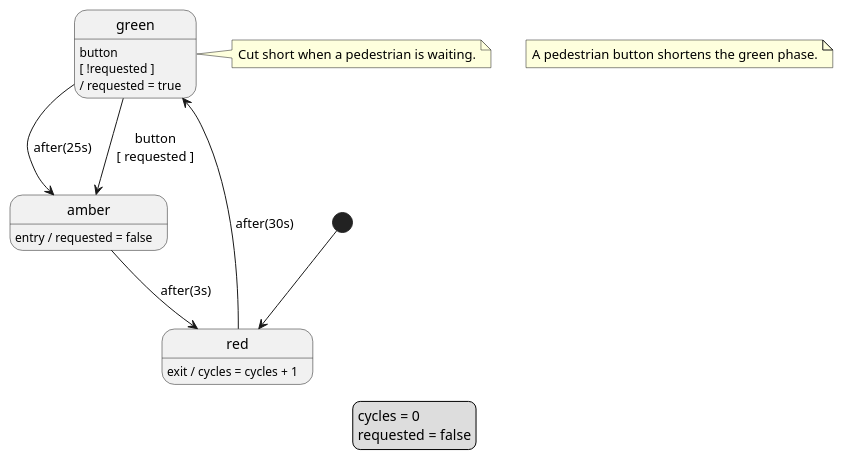
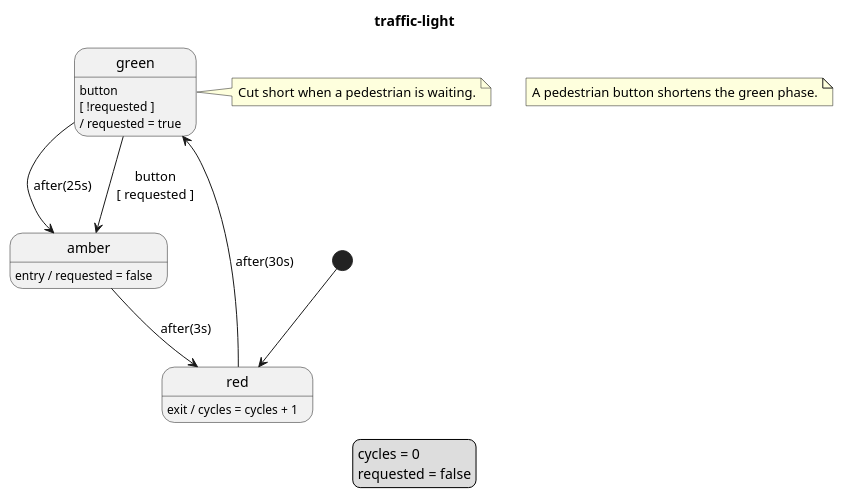
One commit to vincedupuis/transplantUML changed the diagram in example/traffic-light.puml. Above: the diagram before and after it, drawn with PlantUML. The commit also changed 10 other files, not shown here.

First line of the commit message:
Rewrite the PlantUML template to draw everything the model holds

```diff
--- a/example/traffic-light.puml
+++ b/example/traffic-light.puml
@@ -1,21 +1,22 @@
 @startuml
+title traffic-light
 note as machineNote
     A pedestrian button shortens the green phase.
 end note
 legend
     cycles = 0
     requested = false
 endlegend
 [*] --> red
 state red
 red : exit / cycles = cycles + 1
 state green
 note right of green : Cut short when a pedestrian is waiting.
 state amber
 amber : entry / requested = false
 red --> green: after(30s)
 green --> amber: after(25s)
 green : button\n[ !requested ]\n/ requested = true
 green --> amber: button\n[ requested ]
 amber --> red: after(3s)
 @enduml
```
